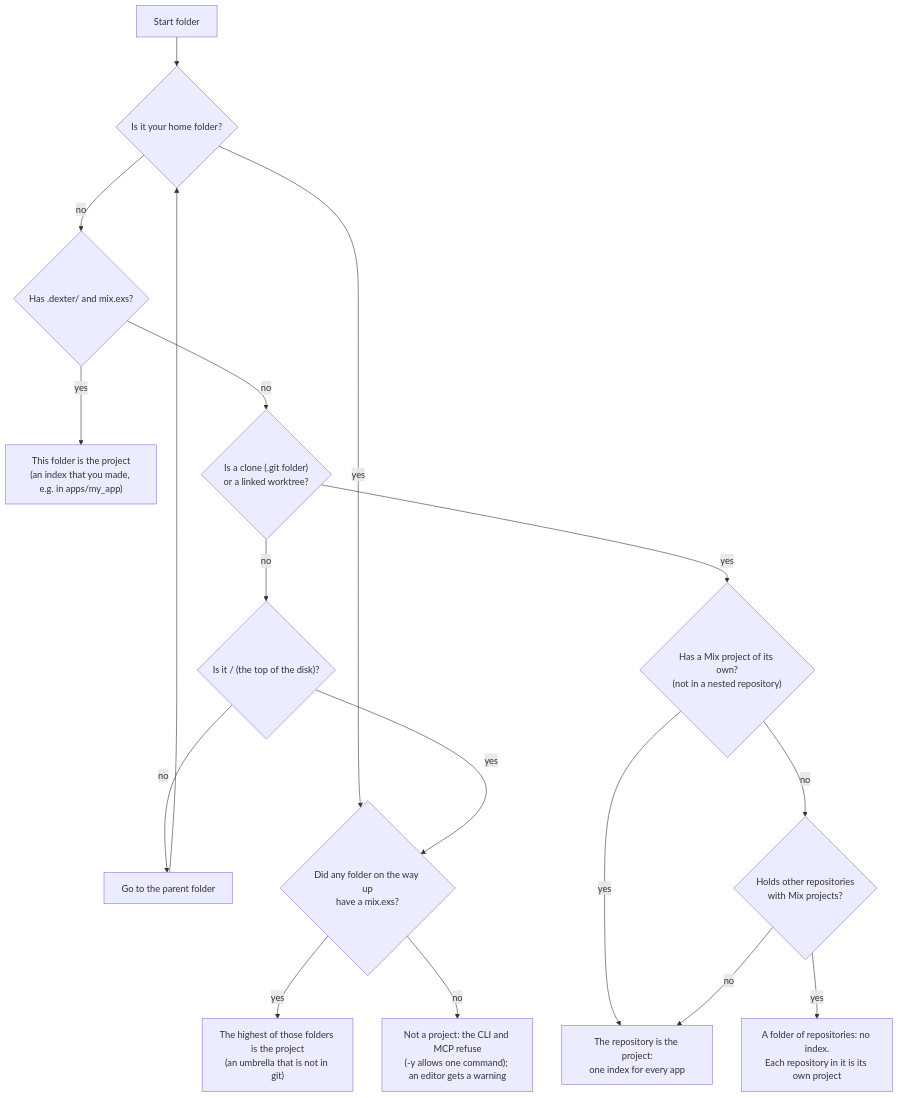
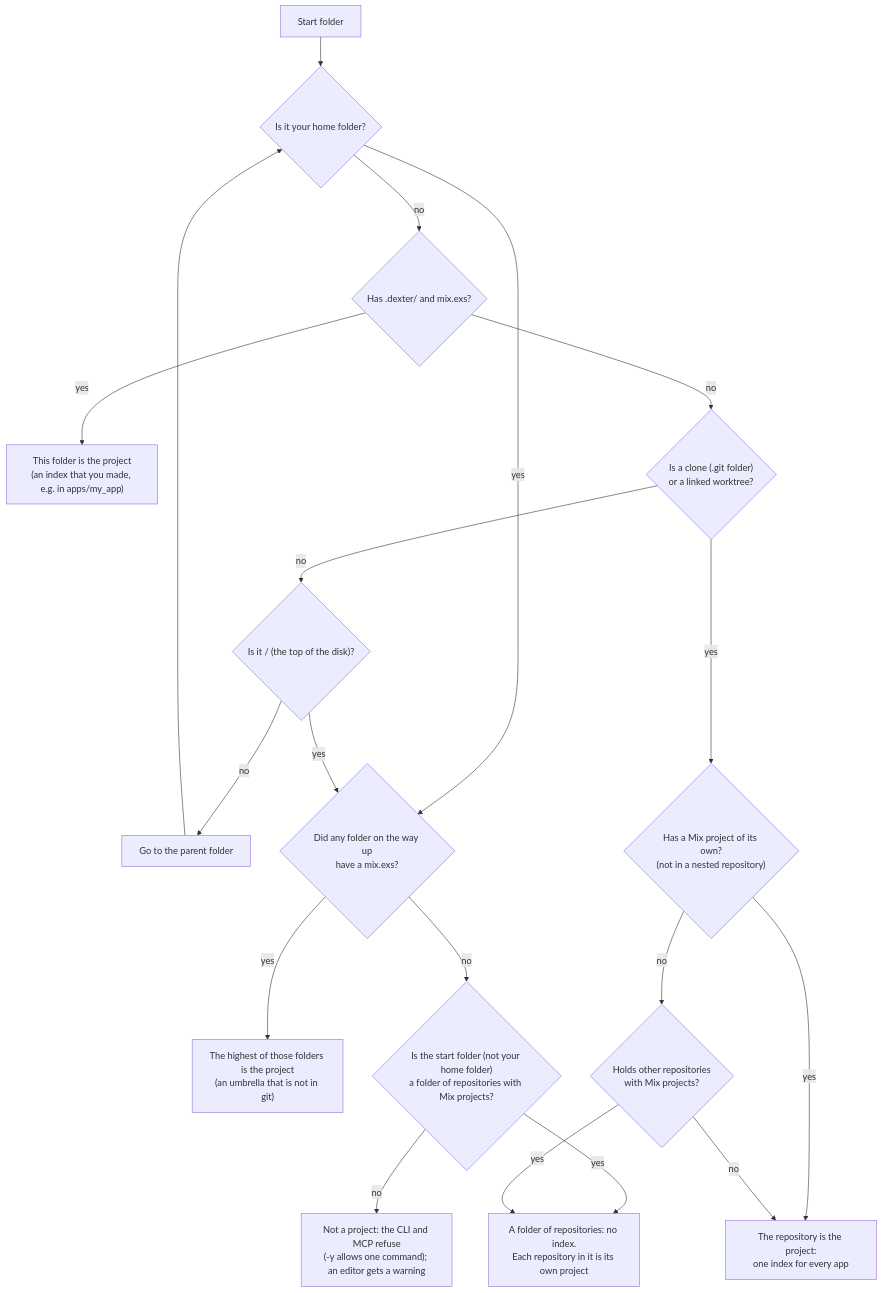
One commit to remoteoss/dexter changed the diagram in README.md. Above: the diagram before and after it, drawn with Mermaid. The commit also changed other lines of this file and 7 other files, not shown here.

````diff
--- a/README.md
+++ b/README.md
@@ -650,18 +650,20 @@
 ```mermaid
 flowchart TD
     start["Start folder"] --> home{"Is it your home folder?"}
     home -- no --> index{"Has .dexter/ and mix.exs?"}
     index -- yes --> app["This folder is the project<br/>(an index that you made, e.g. in apps/my_app)"]
     index -- no --> git{"Is a clone (.git folder)<br/>or a linked worktree?"}
     git -- no --> top{"Is it / (the top of the disk)?"}
     top -- no --> up["Go to the parent folder"] --> home
     home -- yes --> mix{"Did any folder on the way up<br/>have a mix.exs?"}
     top -- yes --> mix
     mix -- yes --> outer["The highest of those folders is the project<br/>(an umbrella that is not in git)"]
-    mix -- no --> none["Not a project: the CLI and MCP refuse<br/>(-y allows one command); an editor gets a warning"]
+    mix -- no --> clones{"Is the start folder (not your home folder)<br/>a folder of repositories with Mix projects?"}
+    clones -- yes --> container
+    clones -- no --> none["Not a project: the CLI and MCP refuse<br/>(-y allows one command); an editor gets a warning"]
     git -- yes --> own{"Has a Mix project of its own?<br/>(not in a nested repository)"}
     own -- yes --> repo["The repository is the project:<br/>one index for every app"]
     own -- no --> holds{"Holds other repositories<br/>with Mix projects?"}
     holds -- yes --> container["A folder of repositories: no index.<br/>Each repository in it is its own project"]
     holds -- no --> repo
 ```
````
